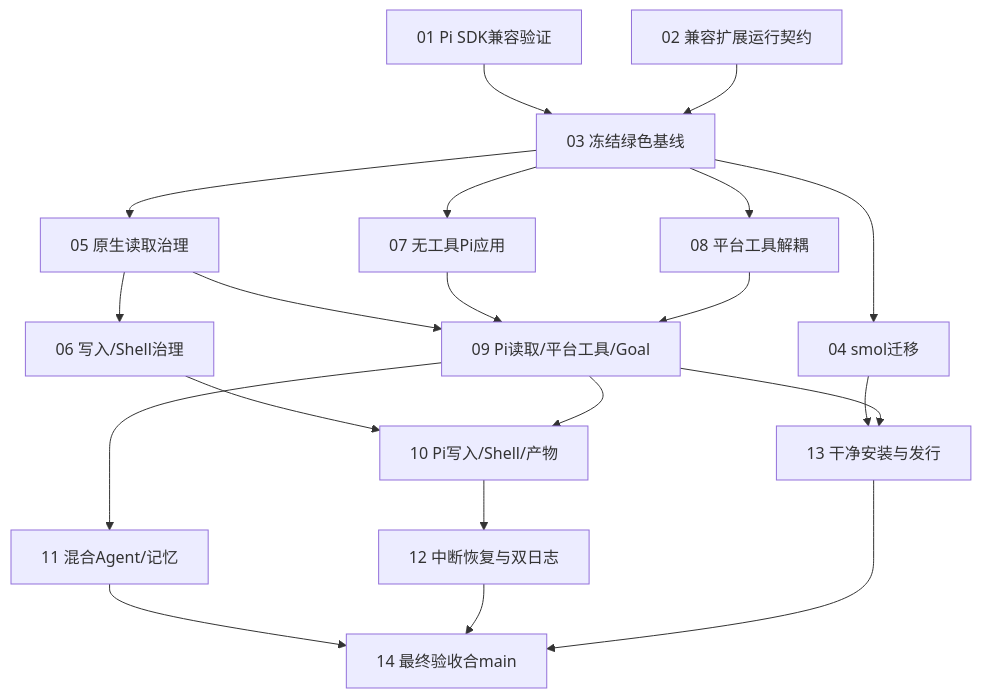
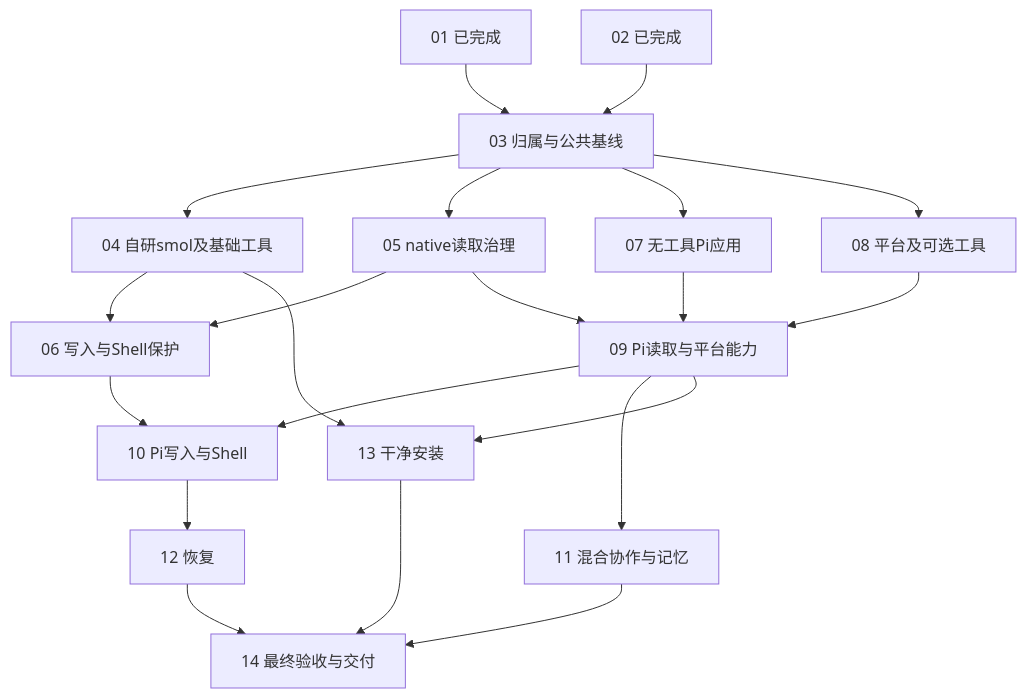
Before and after one commit to linora-u/AgentLoom: the diagram in docs/tickets/agent-runtime-pi/README.md, drawn with Mermaid. The commit also changed other lines of this file and 15 other files, not shown here.

````diff
--- a/docs/tickets/agent-runtime-pi/README.md
+++ b/docs/tickets/agent-runtime-pi/README.md
@@ -59,22 +65,23 @@
-~~~mermaid
+```mermaid
 flowchart TD
-  T01[01 Pi SDK兼容验证] --> T03[03 冻结绿色基线]
-  T02[02 兼容扩展运行契约] --> T03
-  T03 --> T04[04 smol迁移]
-  T03 --> T05[05 原生读取治理]
+  T01[01 已完成] --> T03[03 归属与公共基线]
+  T02[02 已完成] --> T03
+  T03 --> T04[04 自研smol及基础工具]
+  T03 --> T05[05 native读取治理]
   T03 --> T07[07 无工具Pi应用]
-  T03 --> T08[08 平台工具解耦]
-  T05 --> T06[06 写入/Shell治理]
-  T05 --> T09[09 Pi读取/平台工具/Goal]
+  T03 --> T08[08 平台及可选工具]
+  T04 --> T06[06 写入与Shell保护]
+  T05 --> T06
+  T05 --> T09[09 Pi读取与平台能力]
   T07 --> T09
   T08 --> T09
-  T06 --> T10[10 Pi写入/Shell/产物]
+  T06 --> T10[10 Pi写入与Shell]
   T09 --> T10
-  T09 --> T11[11 混合Agent/记忆]
-  T04 --> T13[13 干净安装与发行]
+  T09 --> T11[11 混合协作与记忆]
+  T04 --> T13[13 干净安装]
   T09 --> T13
-  T10 --> T12[12 中断恢复与双日志]
-  T11 --> T14[14 最终验收合main]
+  T10 --> T12[12 恢复]
+  T11 --> T14[14 最终验收与交付]
   T12 --> T14
   T13 --> T14
-~~~
+```
````
